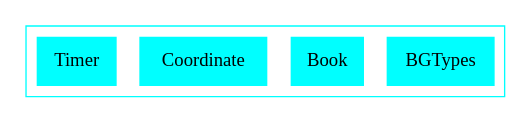
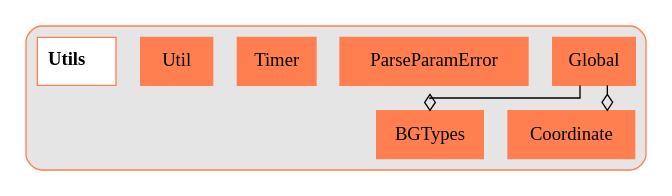
The diagram in Tools/DiagramGenerator/ExampleOutputs/dot_subsystems/Utils.dot (UWB-Biocomputing/BrainGrid), drawn with Graphviz before and after one commit. The commit also changed 28 other files, not shown here.

First line of the commit message:
dotGenerator update, new diagrams

```diff
--- a/Tools/DiagramGenerator/ExampleOutputs/dot_subsystems/Utils.dot
+++ b/Tools/DiagramGenerator/ExampleOutputs/dot_subsystems/Utils.dot
@@ -1,28 +1,37 @@
 digraph{
+	 graph [splines=ortho]
 
 	subgraph clusterUtils {
-		color = cyan
-		node [shape = record, color = cyan];
+		style = rounded
+		bgcolor = grey90
+		color = coral
+		node [shape = record, color = coral];
 
 		BGTypes[label = BGTypes, style = filled];
-		Book[label = Book, style = filled];
 		Coordinate[label = Coordinate, style = filled];
+		Global[label = Global, style = filled];
+		ParseParamError[label = ParseParamError, style = filled];
 		Timer[label = Timer, style = filled];
+		Util[label = Util, style = filled];
+		Utils[label =< <B> Utils</B>>, style = bold, fillcolor = white, style = filled];
 
 
 		//------LAYOUT FOR SUBGRAPH------
 
 
 		rankdir = BT; // Rank Direction Bottom to Top
-		nodesep = 0.96; // Node Separation
-		ranksep = 0.96; // Rank Separation
+		nodesep = 1.3; // Node Separation
+		ranksep = 1.3; // Rank Separation
 
 
 		//INHERITANCE//
 
 
 
 		//COMPOSITION//
 
+
+		Global -> BGTypes [arrowhead=ediamond];
+		Global -> Coordinate [arrowhead=ediamond];
 	}//end subgraph Utils
 }//end digraph
```
